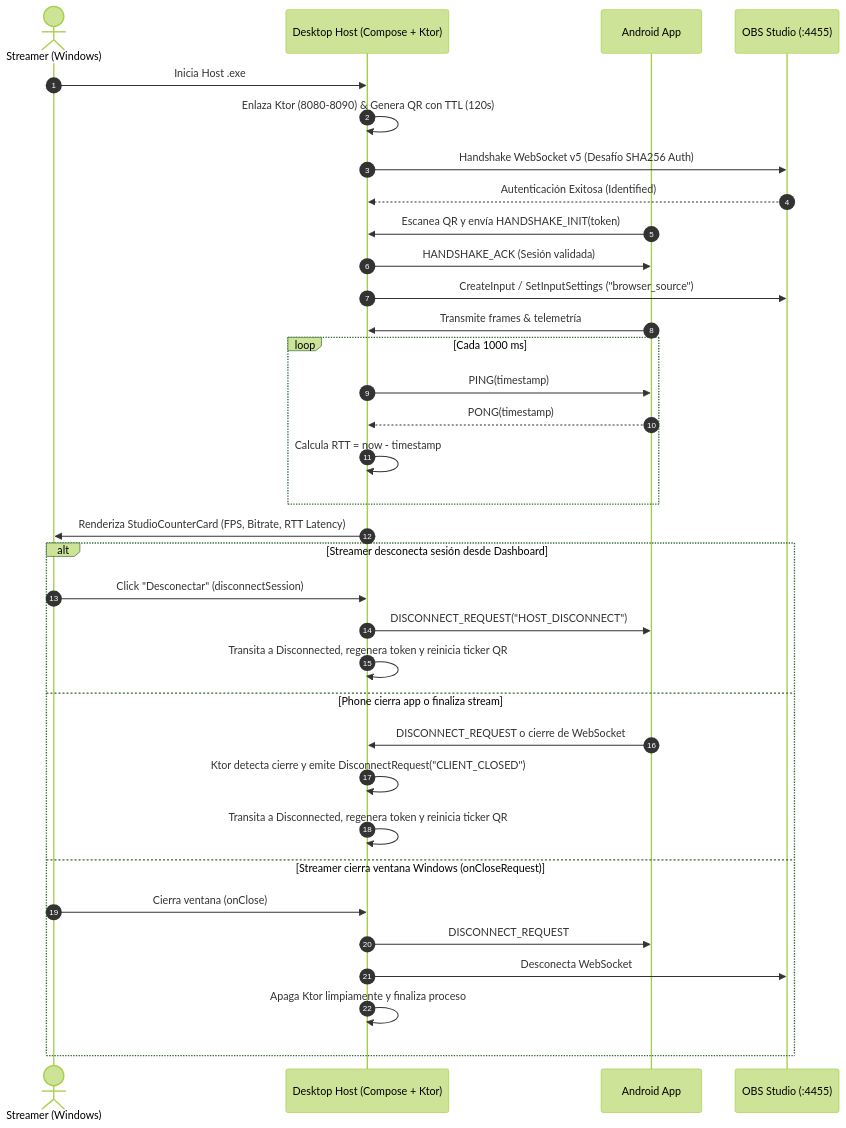
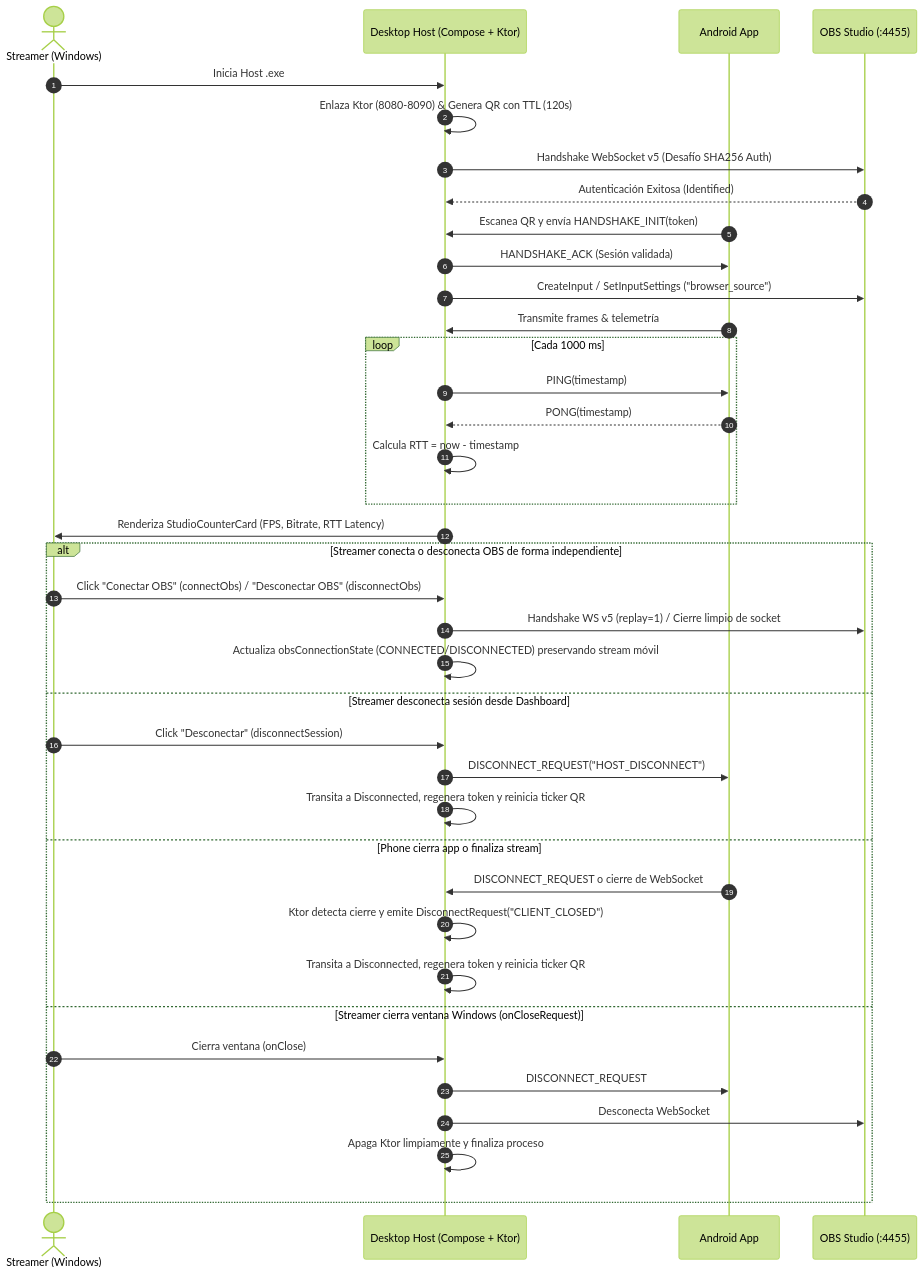
One commit to dhbernardo/virtual-studio-companion changed the diagram in specs/003-desktop-windows-host/plan.md. Above: the diagram before and after it, drawn with Mermaid (forest theme). The commit also changed 2 other files, not shown here.

Commit message:
docs(specs): refine obs connection and disconnect specifications and tasks

````diff
--- a/specs/003-desktop-windows-host/plan.md
+++ b/specs/003-desktop-windows-host/plan.md
@@ -28,37 +28,41 @@
 ```mermaid
 sequenceDiagram
     autonumber
     actor Streamer as Streamer (Windows)
     participant Host as Desktop Host (Compose + Ktor)
     participant Phone as Android App
     participant OBS as OBS Studio (:4455)
 
     Streamer->>Host: Inicia Host .exe
     Host->>Host: Enlaza Ktor (8080-8090) & Genera QR con TTL (120s)
     Host->>OBS: Handshake WebSocket v5 (Desafío SHA256 Auth)
     OBS-->>Host: Autenticación Exitosa (Identified)
     Phone->>Host: Escanea QR y envía HANDSHAKE_INIT(token)
     Host->>Phone: HANDSHAKE_ACK (Sesión validada)
     Host->>OBS: CreateInput / SetInputSettings ("browser_source")
     Phone->>Host: Transmite frames & telemetría
     loop Cada 1000 ms
         Host->>Phone: PING(timestamp)
         Phone-->>Host: PONG(timestamp)
         Host->>Host: Calcula RTT = now - timestamp
     end
     Host->>Streamer: Renderiza StudioCounterCard (FPS, Bitrate, RTT Latency)
-    alt Streamer desconecta sesión desde Dashboard
+    alt Streamer conecta o desconecta OBS de forma independiente
+        Streamer->>Host: Click "Conectar OBS" (connectObs) / "Desconectar OBS" (disconnectObs)
+        Host->>OBS: Handshake WS v5 (replay=1) / Cierre limpio de socket
+        Host->>Host: Actualiza obsConnectionState (CONNECTED/DISCONNECTED) preservando stream móvil
+    else Streamer desconecta sesión desde Dashboard
         Streamer->>Host: Click "Desconectar" (disconnectSession)
         Host->>Phone: DISCONNECT_REQUEST("HOST_DISCONNECT")
         Host->>Host: Transita a Disconnected, regenera token y reinicia ticker QR
     else Phone cierra app o finaliza stream
         Phone->>Host: DISCONNECT_REQUEST o cierre de WebSocket
         Host->>Host: Ktor detecta cierre y emite DisconnectRequest("CLIENT_CLOSED")
         Host->>Host: Transita a Disconnected, regenera token y reinicia ticker QR
     else Streamer cierra ventana Windows (onCloseRequest)
         Streamer->>Host: Cierra ventana (onClose)
         Host->>Phone: DISCONNECT_REQUEST
         Host->>OBS: Desconecta WebSocket
         Host->>Host: Apaga Ktor limpiamente y finaliza proceso
     end
 ```
````
